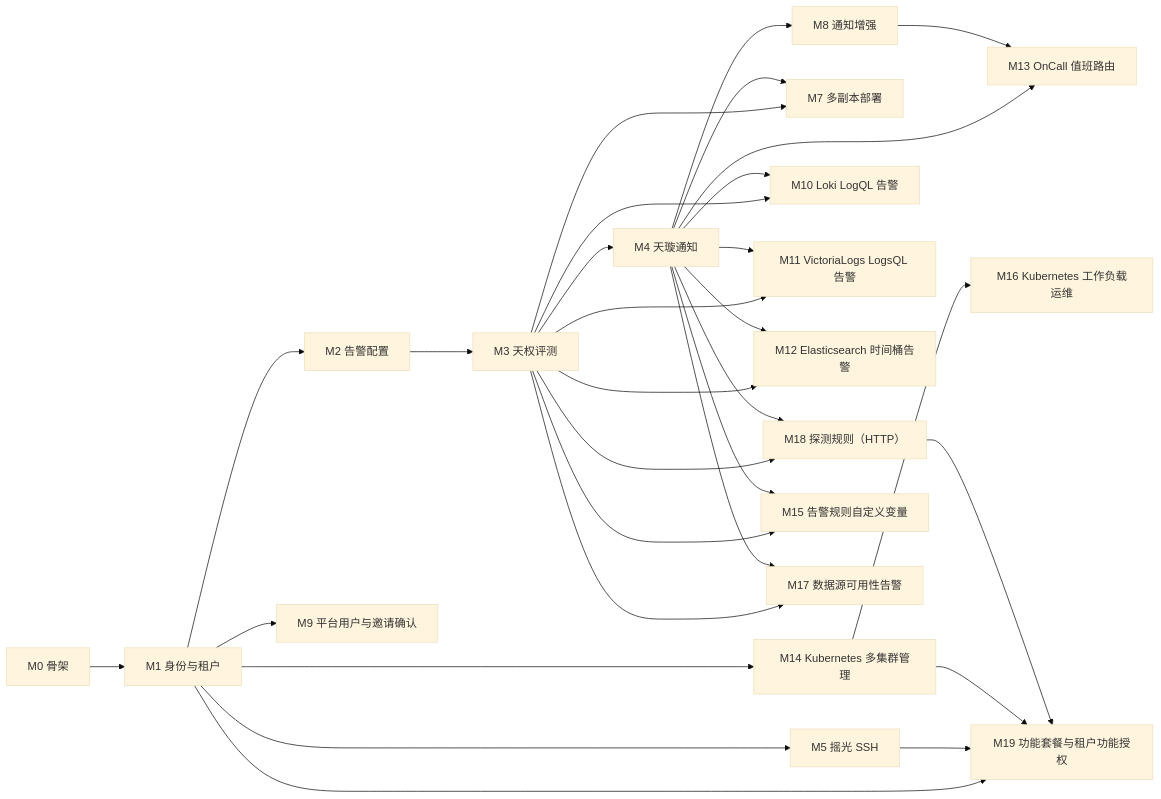
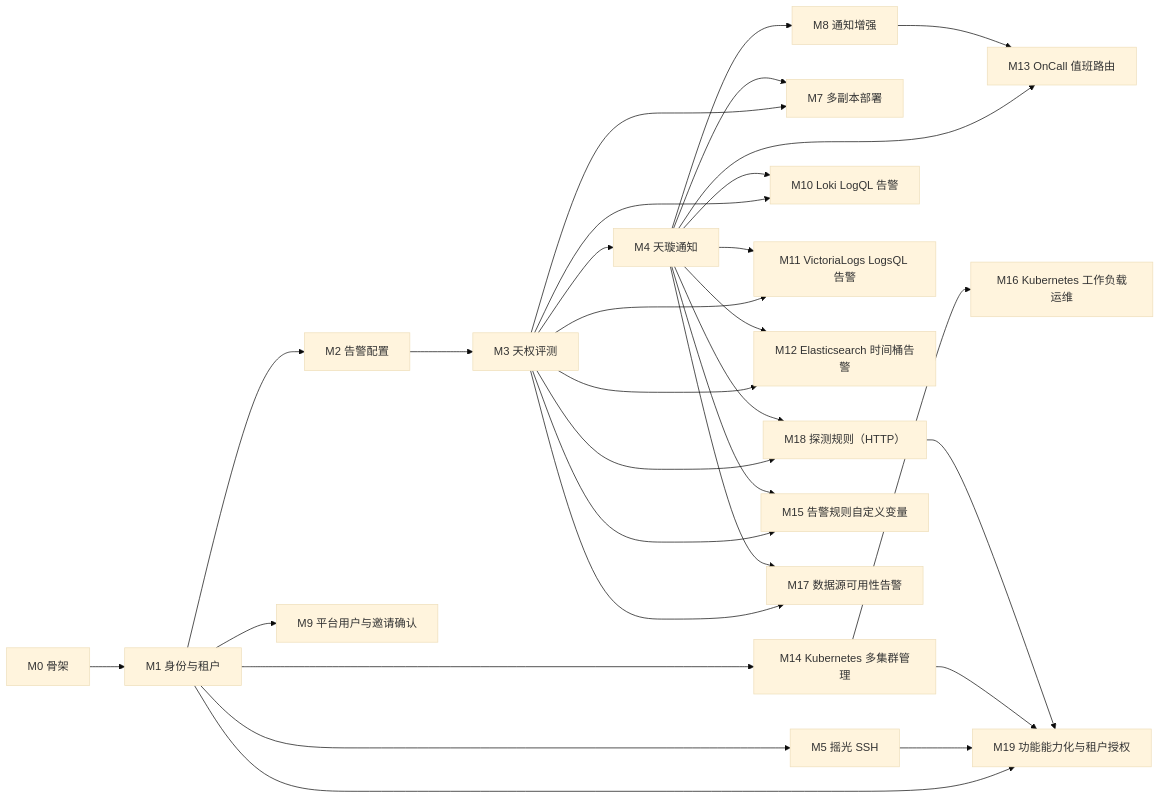
Before and after one commit to aide-family/moon: the diagram in docs/roadmap.md, drawn with Mermaid (base theme). The commit also changed other lines of this file and 347 other files, not shown here.

````diff
--- a/docs/roadmap.md
+++ b/docs/roadmap.md
@@ -45,48 +45,48 @@
 ```mermaid
 flowchart LR
   m0[M0 骨架]
   m1[M1 身份与租户]
   m2[M2 告警配置]
   m3[M3 天权评测]
   m4[M4 天璇通知]
   m5[M5 摇光 SSH]
   m7[M7 多副本部署]
   m8[M8 通知增强]
   m9[M9 平台用户与邀请确认]
   m10[M10 Loki LogQL 告警]
   m11[M11 VictoriaLogs LogsQL 告警]
   m12[M12 Elasticsearch 时间桶告警]
   m13[M13 OnCall 值班路由]
   m14[M14 Kubernetes 多集群管理]
   m15[M15 告警规则自定义变量]
   m16[M16 Kubernetes 工作负载运维]
   m17[M17 数据源可用性告警]
   m18[M18 探测规则（HTTP）]
-  m19[M19 功能套餐与租户功能授权]
+  m19[M19 功能能力化与租户授权]
   m0 --> m1 --> m2 --> m3 --> m4
   m1 --> m5
   m1 --> m9
   m1 --> m14
   m14 --> m16
   m3 --> m7
   m4 --> m7
   m4 --> m8
   m3 --> m10
   m4 --> m10
   m3 --> m11
   m4 --> m11
   m3 --> m12
   m4 --> m12
   m4 --> m13
   m8 --> m13
   m3 --> m15
   m4 --> m15
   m3 --> m17
   m4 --> m17
   m3 --> m18
   m4 --> m18
   m1 --> m19
   m5 --> m19
   m14 --> m19
   m18 --> m19
 ```
````
